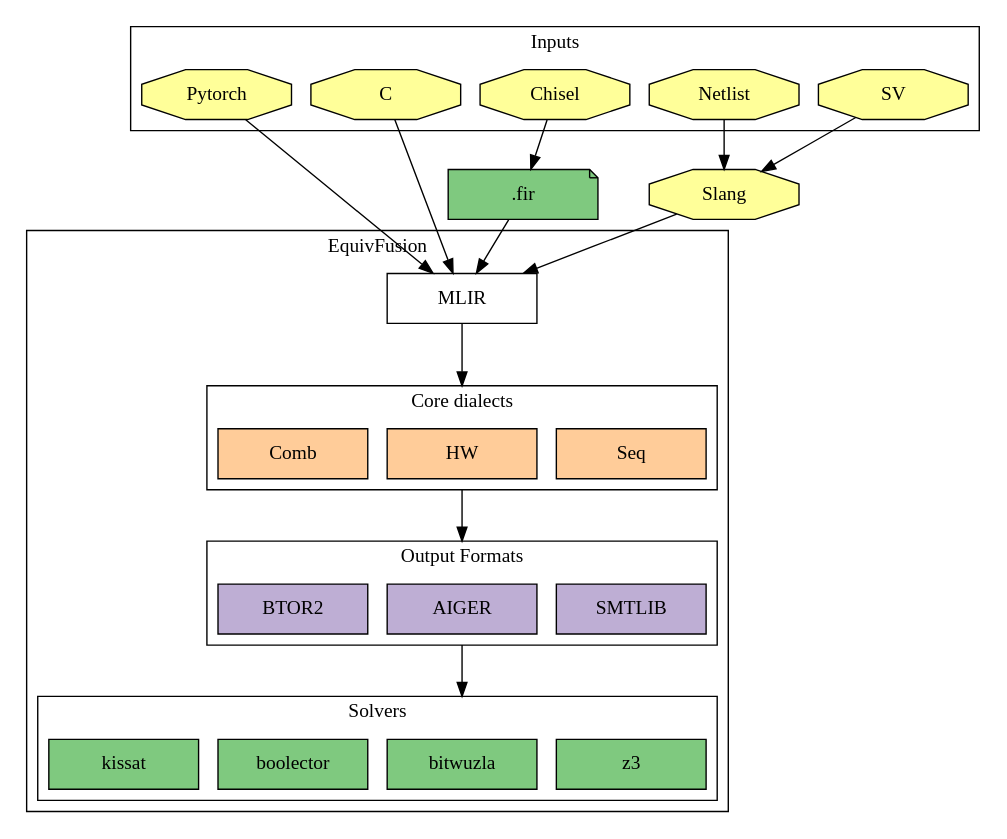
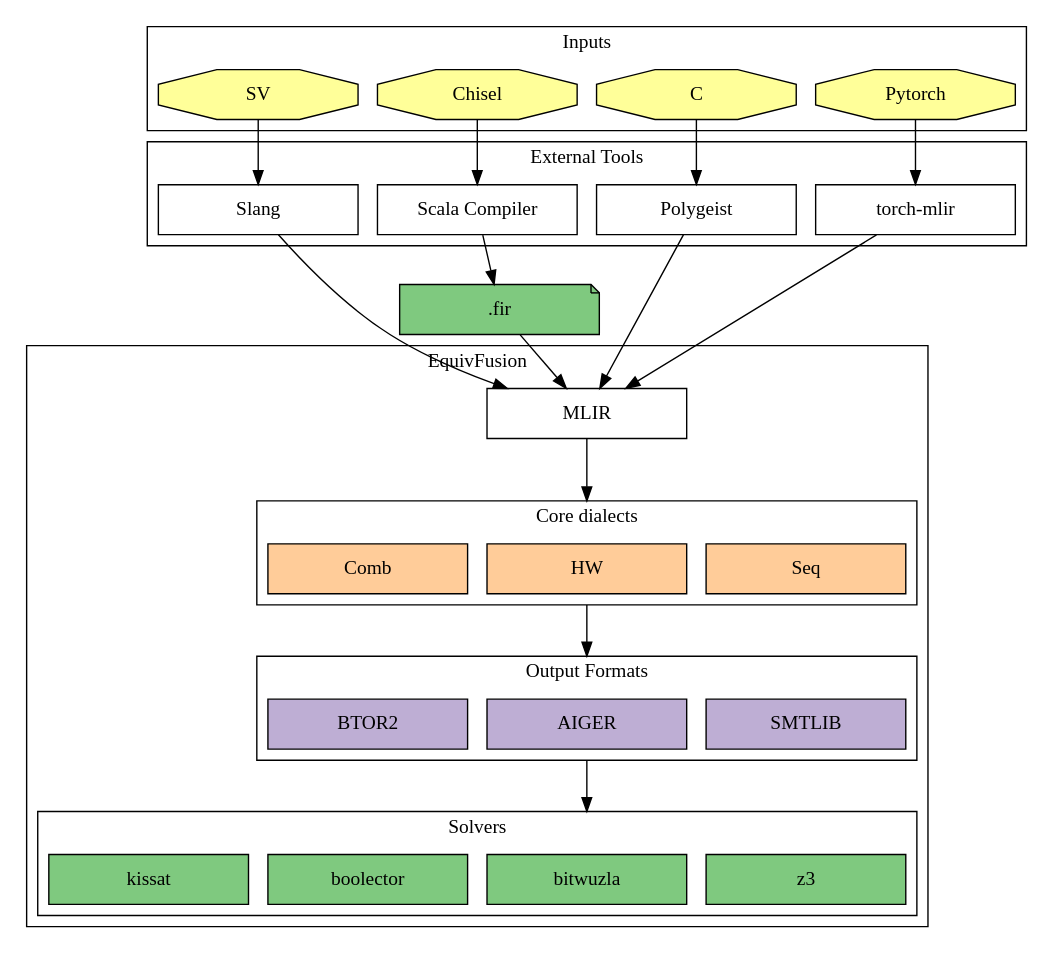
Before and after one commit to FORMiND-Lab/EquivFusion: the diagram in docs/dot/equivfusion.dot, drawn with Graphviz. The commit also changed 2 other files, not shown here.

```diff
--- a/docs/dot/equivfusion.dot
+++ b/docs/dot/equivfusion.dot
@@ -1,73 +1,72 @@
 digraph G {
   rankdir = TB
   splines=spline
-  node [shape=box style=filled fillcolor="white" width=1.5]
+  node [shape=box style=filled fillcolor="white" width=2]
   nodesep=0.2 // horizontal compression
   ranksep=0.5 // vertical compression
   compound=true
 
   // input fronttends
   subgraph cluster_inputs{
       label = "Inputs"
       node [shape=octagon fillcolor="#ffff99"]
       Pytorch
       C
       Chisel
-      Netlist
       SV
   }
 
-  subgraph external_tools {
-    node [shape=octagon fillcolor="#ffff99"]
+
+  subgraph cluster_tools {
+    label = "External Tools"
+    TorchMLIR [label="torch-mlir"]
     Slang
+    Polygeist
+    ScalaCompiler [label="Scala Compiler"]
   }
+
 
   FIRFile [label=".fir" fillcolor="#7fc97f" shape="note"]
 
   // equivfusion
   subgraph cluster_equivfusion {
       label = "EquivFusion"
 
       MLIR
 
       subgraph cluster_core_dialects {
           label = "Core dialects"
           node [fillcolor="#ffcc99"]
           Seq
           HW
           Comb
       }
 
       subgraph cluster_outputs {
           label = "Output Formats"
           node [fillcolor="#beaed4"]
           SMTLIB
           AIGER
           BTOR2
       }
 
       subgraph cluster_solvers {
           label = "Solvers"
           node [fillcolor="#7fc97f"]
           z3
           bitwuzla
           boolector
           kissat
       }
 
       MLIR -> HW        [lhead=cluster_core_dialects minlen=2]
       HW -> AIGER       [ltail=cluster_core_dialects lhead=cluster_outputs minlen=2]
       AIGER -> bitwuzla [ltail=cluster_outputs lhead=cluster_solvers minlen=2]
   }
 
 
-  Pytorch -> MLIR
-  C -> MLIR
-
-  Chisel -> FIRFile
-  FIRFile -> MLIR
-
-  SV -> Slang [weight=999]
-  Netlist -> Slang [weight=999]
-  Slang -> MLIR
+  Pytorch -> TorchMLIR -> MLIR
+  C -> Polygeist -> MLIR
+  SV -> Slang -> MLIR
+  Chisel -> ScalaCompiler -> FIRFile -> MLIR
 }
```
